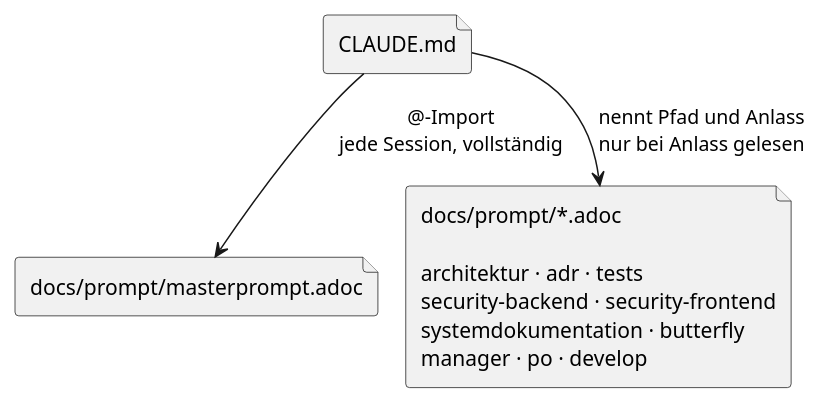
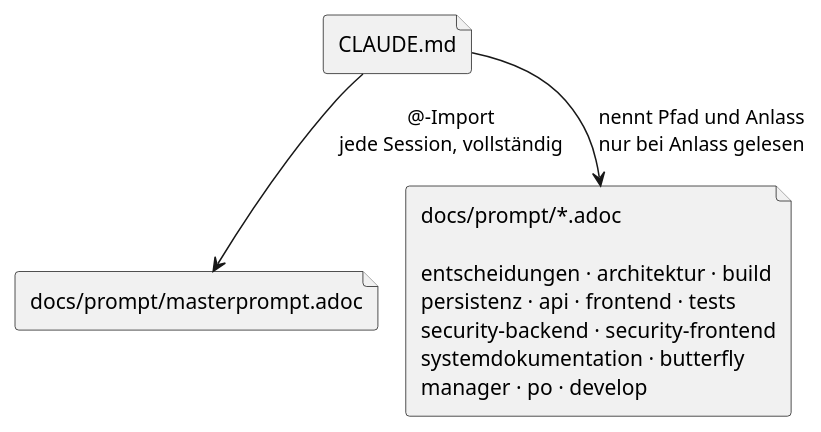
Before and after one commit to Keymaster65/hello-ai: the diagram in docs/system/arbeitsgrundlage.adoc, drawn with PlantUML. The commit also changed other lines of this file and 137 other files, not shown here.

```diff
--- a/docs/system/arbeitsgrundlage.adoc
+++ b/docs/system/arbeitsgrundlage.adoc
@@ -145,15 +162,15 @@
 [plantuml,ladeweg,svg]
 ....
 @startuml
 !pragma layout smetana
 skinparam shadowing false
 skinparam componentStyle rectangle
 
 file "CLAUDE.md" as claude
 file "docs/prompt/masterprompt.adoc" as master
-file "docs/prompt/*.adoc\n\narchitektur · adr · tests\nsecurity-backend · security-frontend\nsystemdokumentation · butterfly\nmanager · po · develop" as skills
+file "docs/prompt/*.adoc\n\nentscheidungen · architektur · build\npersistenz · api · frontend · tests\nsecurity-backend · security-frontend\nsystemdokumentation · butterfly\nmanager · po · develop" as skills
 
 claude --> master : @-Import\njede Session, vollständig
 claude --> skills : nennt Pfad und Anlass\nnur bei Anlass gelesen
 @enduml
 ....
```
